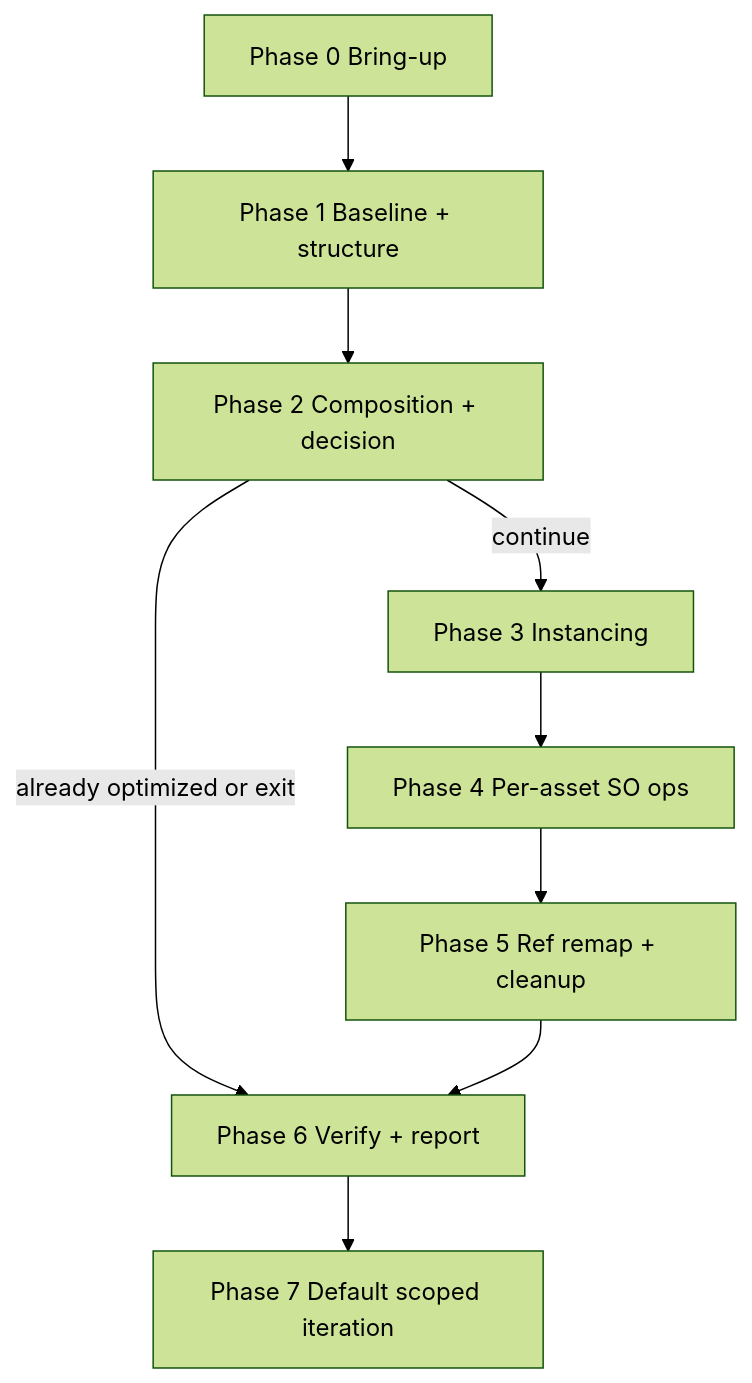
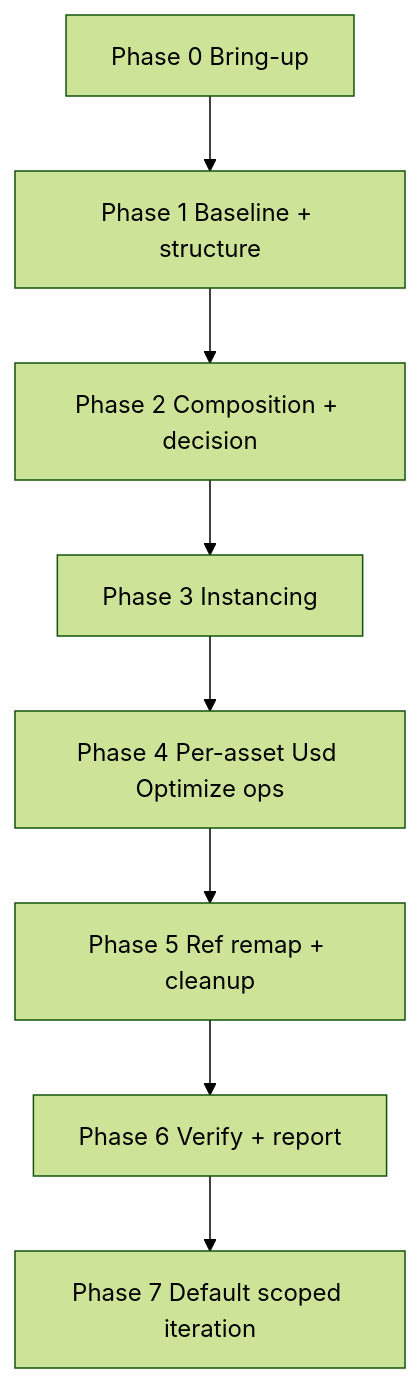
Before and after one commit to NVIDIA/skills: the diagram in plugins/nvidia-skills/skills/omniverse-usd-performance-tuning/references/skill-map.md, drawn with Mermaid (forest theme). The commit also changed other lines of this file and 319 other files, not shown here.

First line of the commit message:
Update omniverse-usd-performance-tuning skill (Usd Optimize rename + cleanup)

````diff
--- a/plugins/nvidia-skills/skills/omniverse-usd-performance-tuning/references/skill-map.md
+++ b/plugins/nvidia-skills/skills/omniverse-usd-performance-tuning/references/skill-map.md
@@ -98,15 +110,14 @@
 ```mermaid
 flowchart TD
   P0["Phase 0 Bring-up"]
   P1["Phase 1 Baseline + structure"]
   P2["Phase 2 Composition + decision"]
   P3["Phase 3 Instancing"]
-  P4["Phase 4 Per-asset SO ops"]
+  P4["Phase 4 Per-asset Usd Optimize ops"]
   P5["Phase 5 Ref remap + cleanup"]
   P6["Phase 6 Verify + report"]
   P7["Phase 7 Default scoped iteration"]
   P0 --> P1 --> P2
-  P2 -->|"already optimized or exit"| P6
-  P2 -->|"continue"| P3 --> P4 --> P5 --> P6
+  P2 --> P3 --> P4 --> P5 --> P6
   P6 --> P7
 ```
````
